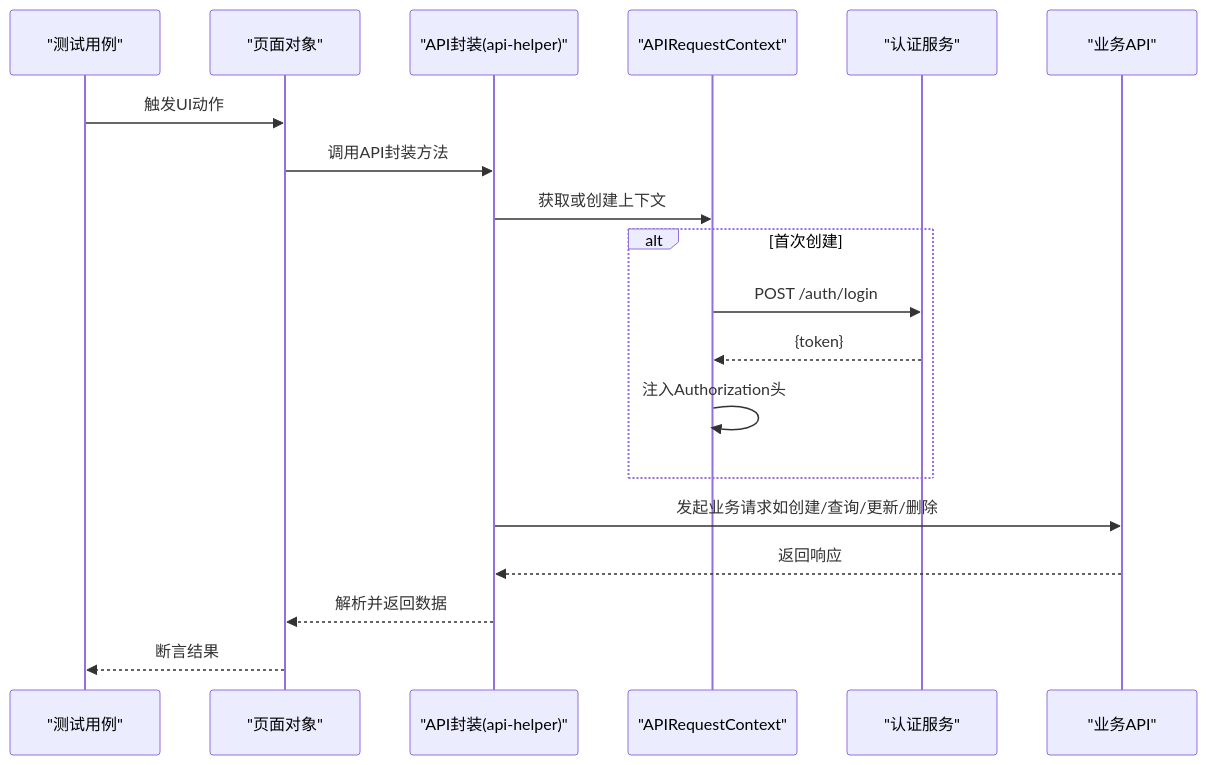
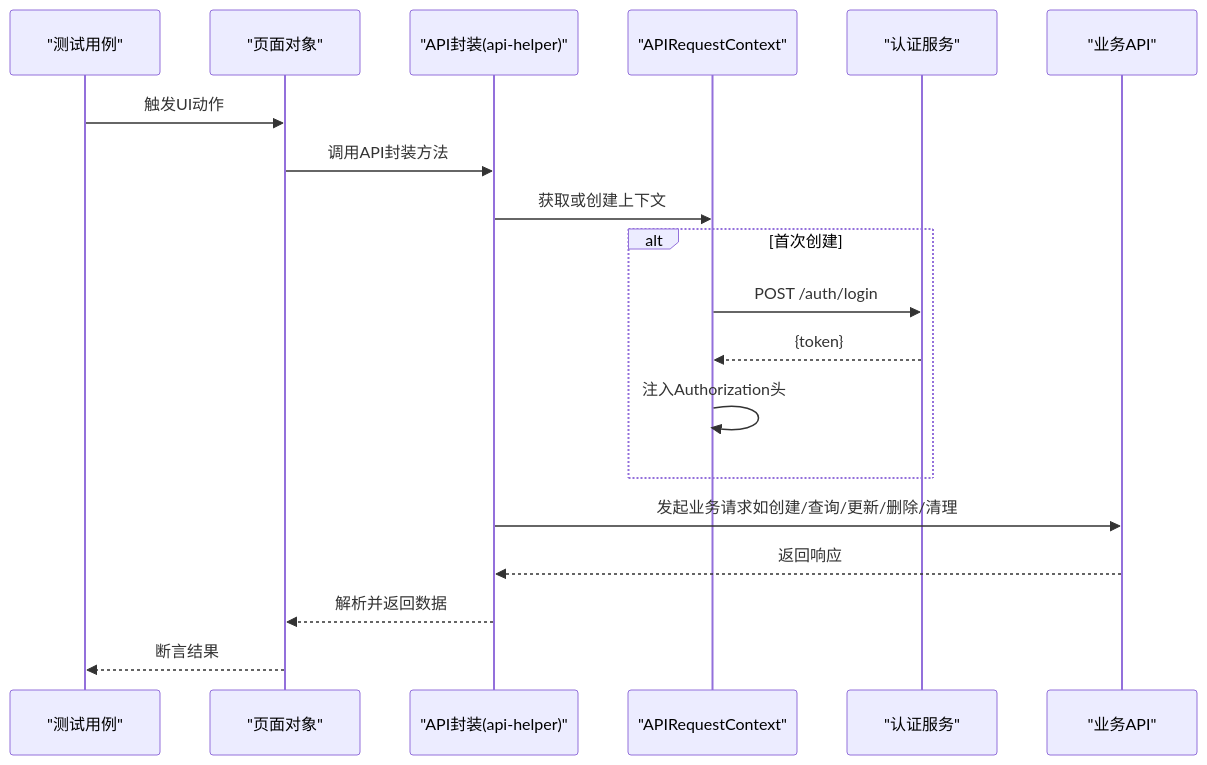
Before and after one commit to zzgoviziwind/--playwright: the second of 7 diagrams in .qoder/repowiki/zh/content/API辅助工具/API调用封装.md, drawn with Mermaid. The commit also changed other lines of this file and 112 other files, not shown here.

````diff
--- a/.qoder/repowiki/zh/content/API辅助工具/API调用封装.md
+++ b/.qoder/repowiki/zh/content/API辅助工具/API调用封装.md
@@ -124,21 +138,21 @@
 ```mermaid
 sequenceDiagram
 participant Test as "测试用例"
 participant Page as "页面对象"
 participant Helper as "API封装(api-helper)"
 participant Ctx as "APIRequestContext"
 participant Auth as "认证服务"
 participant API as "业务API"
 Test->>Page : 触发UI动作
 Page->>Helper : 调用API封装方法
 Helper->>Ctx : 获取或创建上下文
 alt 首次创建
 Ctx->>Auth : POST /auth/login
 Auth-->>Ctx : {token}
 Ctx->>Ctx : 注入Authorization头
 end
-Helper->>API : 发起业务请求如创建/查询/更新/删除
+Helper->>API : 发起业务请求如创建/查询/更新/删除/清理
 API-->>Helper : 返回响应
 Helper-->>Page : 解析并返回数据
 Page-->>Test : 断言结果
 ```
````
